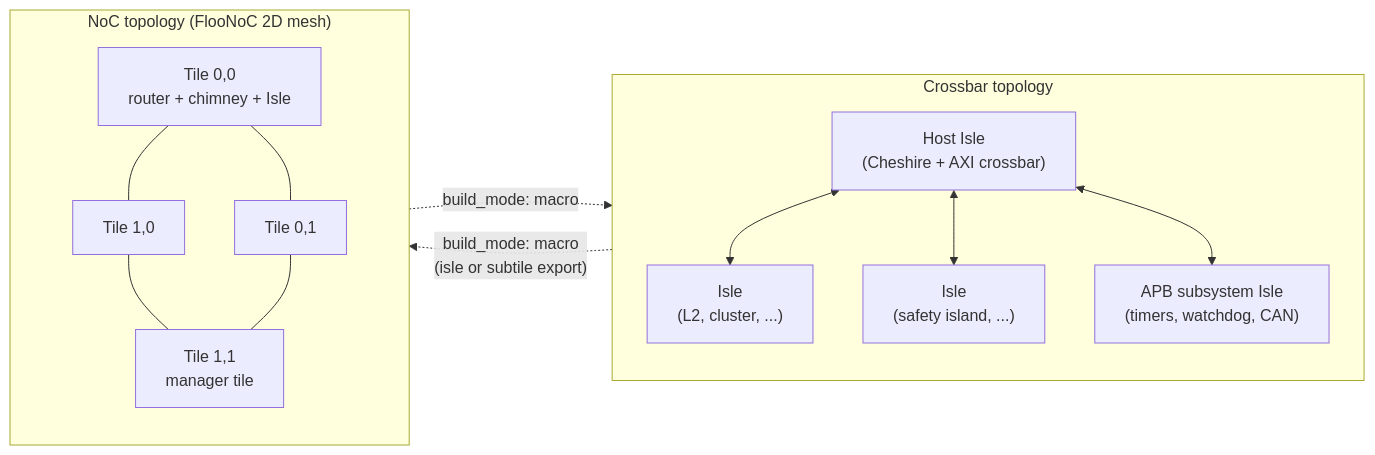
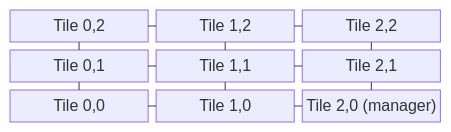
Before and after one commit to FondazioneChipsIT/ollivander: the first of 3 diagrams in README.md, drawn with Mermaid. The commit also changed other lines of this file and 1 other file, not shown here.

First line of the commit message:
[DOC]: redraw the README topology diagrams

````diff
--- a/README.md
+++ b/README.md
@@ -48,19 +54,19 @@
 ```mermaid
-flowchart LR
-    subgraph XBAR["Crossbar topology"]
-        direction TB
-        HOST["Host Isle<br/>(Cheshire + AXI crossbar)"]
-        HOST <--> ISLE_A["Isle<br/>(L2, cluster, ...)"]
-        HOST <--> ISLE_B["Isle<br/>(safety island, ...)"]
-        HOST <--> APB["APB subsystem Isle<br/>(timers, watchdog, CAN)"]
-    end
-    subgraph NOC["NoC topology (FlooNoC 2D mesh)"]
-        direction TB
-        T00["Tile 0,0<br/>router + chimney + Isle"] --- T10["Tile 1,0"]
-        T00 --- T01["Tile 0,1"]
-        T10 --- T11["Tile 1,1<br/>manager tile"]
-        T01 --- T11
-    end
-    XBAR -.->|"build_mode: macro<br/>(isle or subtile export)"| NOC
-    NOC -.->|"build_mode: macro"| XBAR
+block-beta
+    columns 3
+    T02["Tile 0,2"] T12["Tile 1,2"] T22["Tile 2,2"]
+    T01["Tile 0,1"] T11["Tile 1,1"] T21["Tile 2,1"]
+    T00["Tile 0,0"] T10["Tile 1,0"] T20["Tile 2,0 (manager)"]
+    T02 --- T12
+    T12 --- T22
+    T01 --- T11
+    T11 --- T21
+    T00 --- T10
+    T10 --- T20
+    T02 --- T01
+    T01 --- T00
+    T12 --- T11
+    T11 --- T10
+    T22 --- T21
+    T21 --- T20
 ```
````
